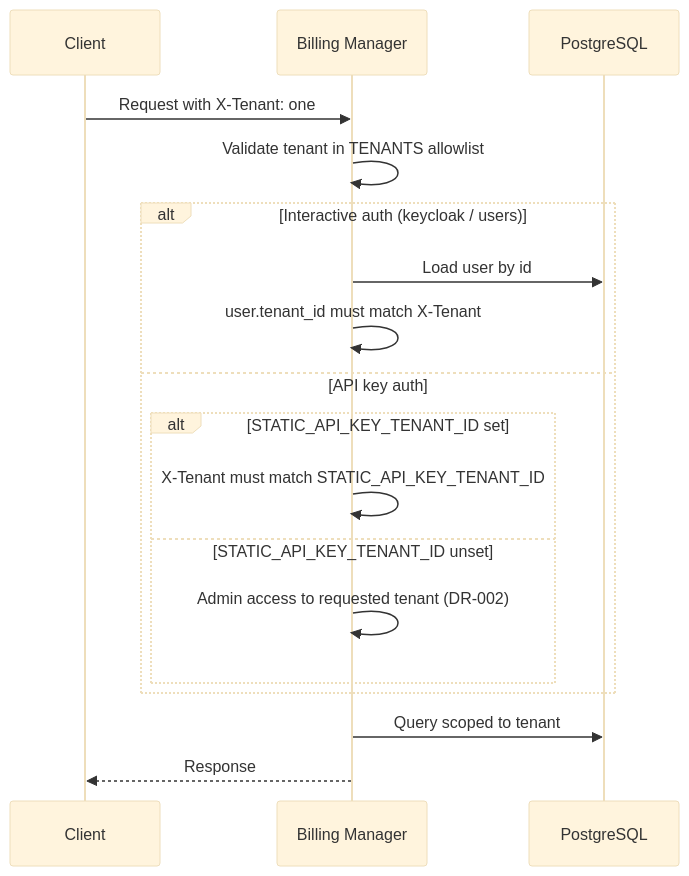
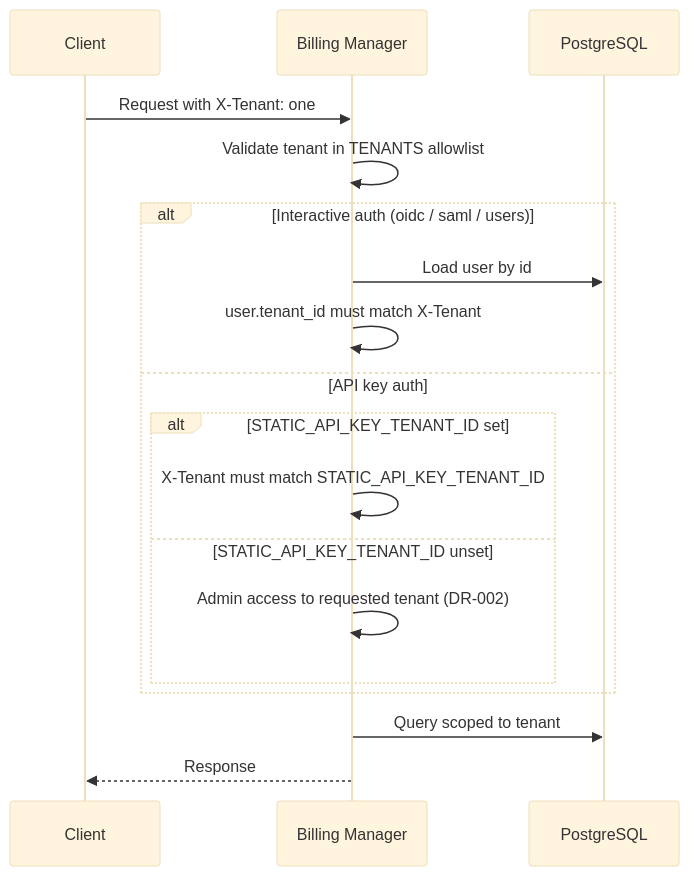
Before and after one commit to forepath/one: the diagram in docs/decabill/features/multi-tenancy.md, drawn with Mermaid (base theme). The commit also changed other lines of this file and 402 other files, not shown here.

First line of the commit message:
feat(shared)!: native oidc and saml support (#724)

````diff
--- a/docs/decabill/features/multi-tenancy.md
+++ b/docs/decabill/features/multi-tenancy.md
@@ -139,21 +139,21 @@
 ```mermaid
 sequenceDiagram
     participant Client
     participant API as Billing Manager
     participant DB as PostgreSQL
 
     Client->>API: Request with X-Tenant: one
     API->>API: Validate tenant in TENANTS allowlist
-    alt Interactive auth (keycloak / users)
+    alt Interactive auth (oidc / saml / users)
         API->>DB: Load user by id
         API->>API: user.tenant_id must match X-Tenant
     else API key auth
         alt STATIC_API_KEY_TENANT_ID set
             API->>API: X-Tenant must match STATIC_API_KEY_TENANT_ID
         else STATIC_API_KEY_TENANT_ID unset
             API->>API: Admin access to requested tenant (DR-002)
         end
     end
     API->>DB: Query scoped to tenant
     API-->>Client: Response
 ```
````
